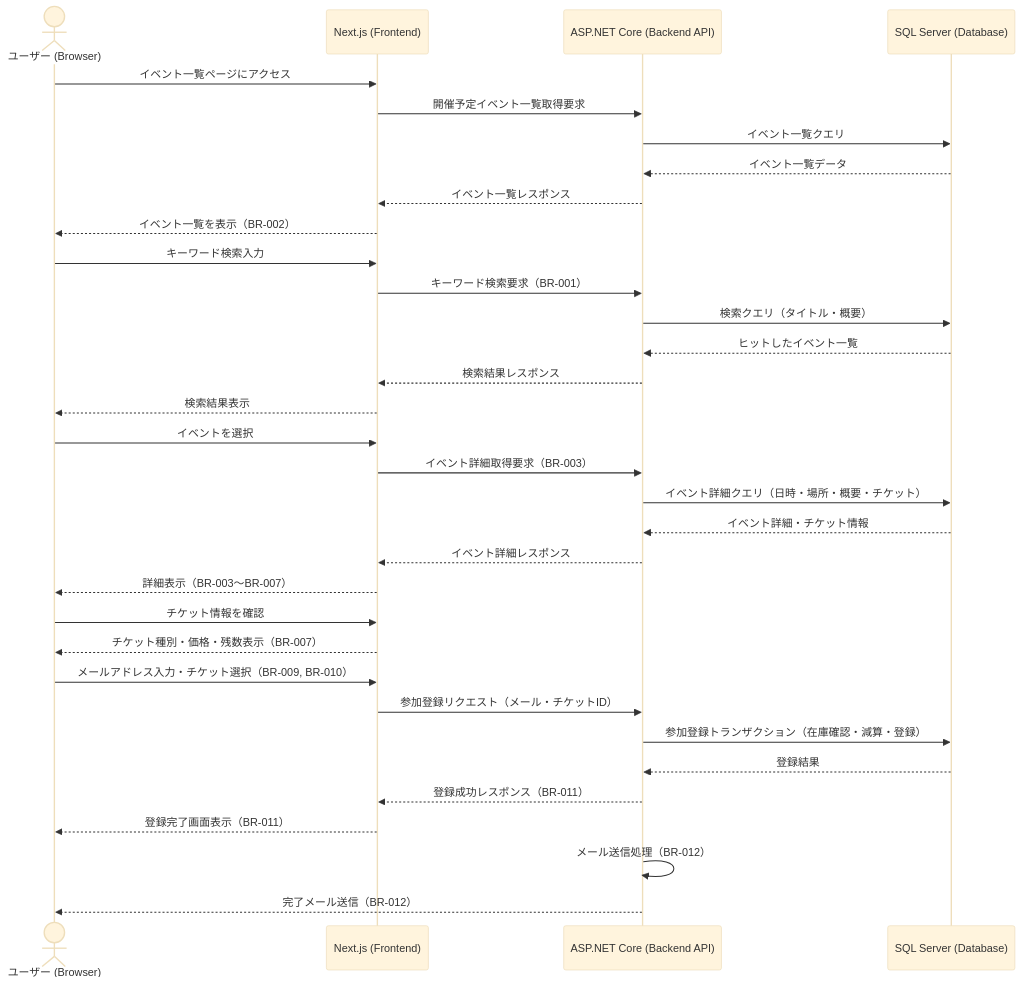
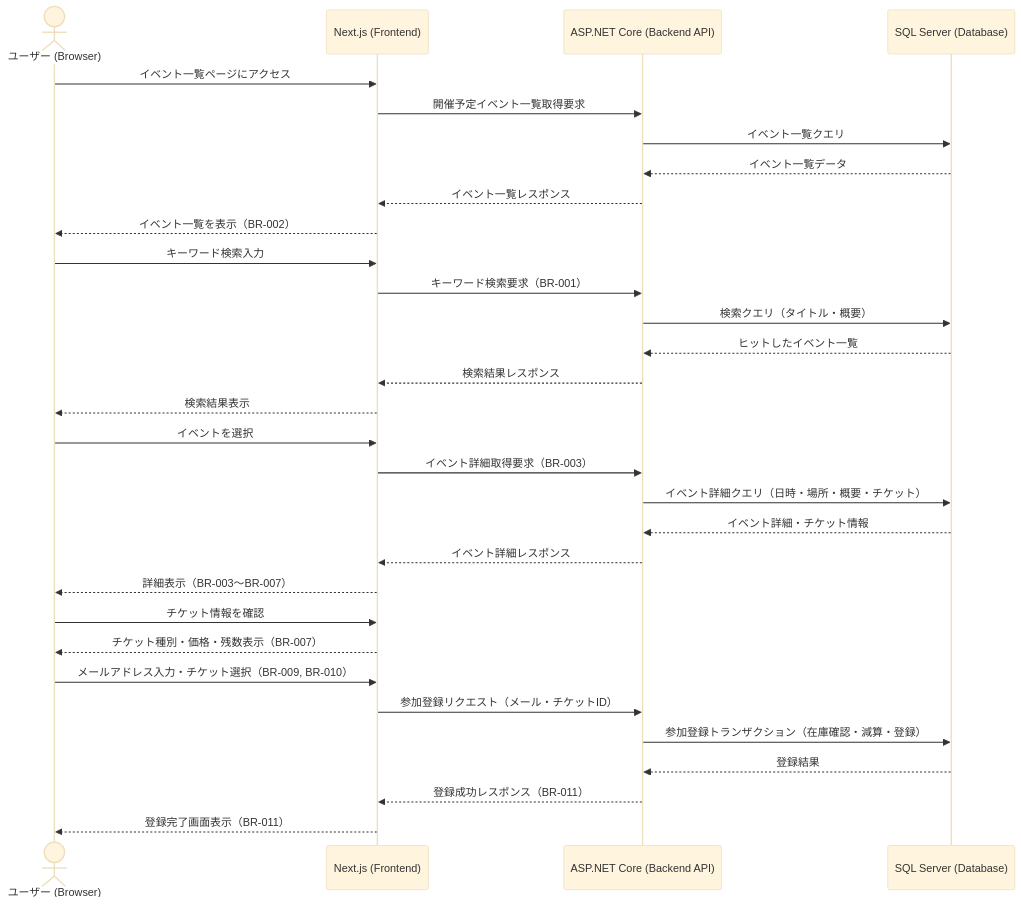
The diagram in docs/business-flow.md (kazakht/event-registration-system), drawn with Mermaid (base theme) before and after one commit.

Commit message:
Remove email notification from business flow
Removed email notification process from business flow.

````diff
--- a/docs/business-flow.md
+++ b/docs/business-flow.md
@@ -3,46 +3,42 @@
 ```mermaid
 sequenceDiagram
     actor User as ユーザー (Browser)
     participant FE as Next.js (Frontend)
     participant API as ASP.NET Core (Backend API)
     participant DB as SQL Server (Database)
 
     %% イベント探索（一覧・検索）
     User->>FE: イベント一覧ページにアクセス
     FE->>API: 開催予定イベント一覧取得要求
     API->>DB: イベント一覧クエリ
     DB-->>API: イベント一覧データ
     API-->>FE: イベント一覧レスポンス
     FE-->>User: イベント一覧を表示（BR-002）
 
     User->>FE: キーワード検索入力
     FE->>API: キーワード検索要求（BR-001）
     API->>DB: 検索クエリ（タイトル・概要）
     DB-->>API: ヒットしたイベント一覧
     API-->>FE: 検索結果レスポンス
     FE-->>User: 検索結果表示
 
     %% イベント詳細確認
     User->>FE: イベントを選択
     FE->>API: イベント詳細取得要求（BR-003）
     API->>DB: イベント詳細クエリ（日時・場所・概要・チケット）
     DB-->>API: イベント詳細・チケット情報
     API-->>FE: イベント詳細レスポンス
     FE-->>User: 詳細表示（BR-003〜BR-007）
 
     %% チケット確認
     User->>FE: チケット情報を確認
     FE-->>User: チケット種別・価格・残数表示（BR-007）
 
     %% 参加登録
     User->>FE: メールアドレス入力・チケット選択（BR-009, BR-010）
     FE->>API: 参加登録リクエスト（メール・チケットID）
     API->>DB: 参加登録トランザクション（在庫確認・減算・登録）
     DB-->>API: 登録結果
     API-->>FE: 登録成功レスポンス（BR-011）
     FE-->>User: 登録完了画面表示（BR-011）
-
-    %% 登録完了メール
-    API->>API: メール送信処理（BR-012）
-    API-->>User: 完了メール送信（BR-012）
 ```
````
